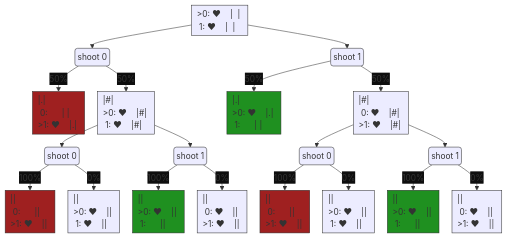
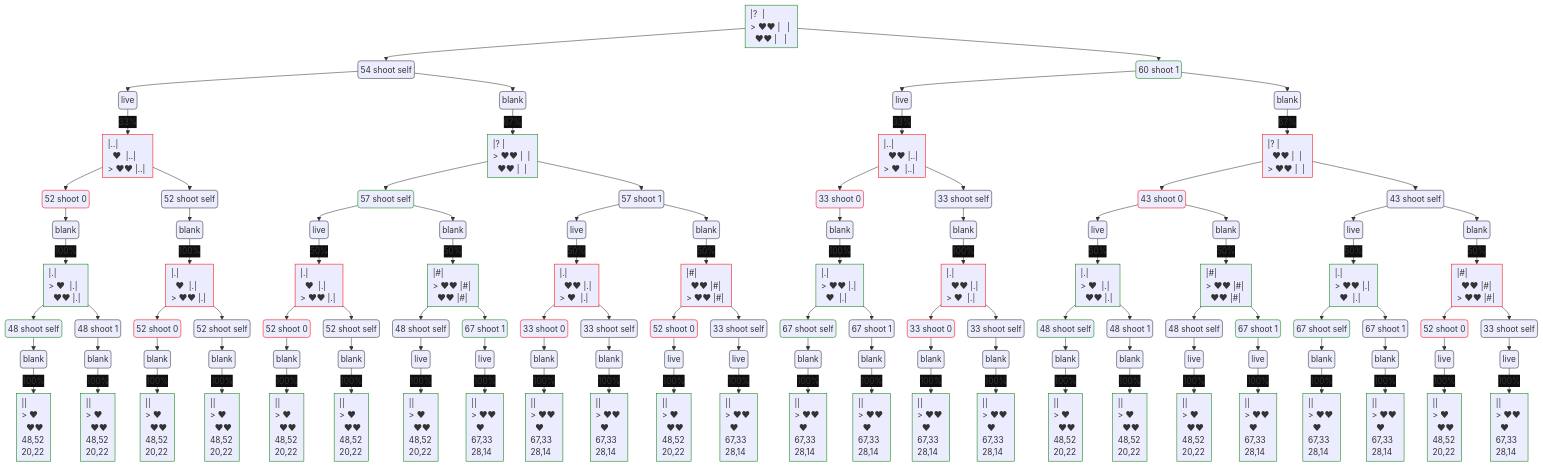
One commit to pingbird/buckshot changed the diagram in output.mmd. Above: the diagram before and after it, drawn with Mermaid. The commit also changed 5 other files, not shown here.

```diff
--- a/output.mmd
+++ b/output.mmd
@@ -12,65 +12,290 @@
     padding: 5
 ---
 graph TD;
-  n0[">0:&nbsp;♥&nbsp;&nbsp;&nbsp;&nbsp;|&nbsp;&nbsp;|&nbsp;<br>&nbsp;1:&nbsp;♥&nbsp;&nbsp;&nbsp;&nbsp;|&nbsp;&nbsp;|&nbsp;<br>"]
-  style n0 text-align:left
-  d0-0("shoot 0")
-  style d0-0 border-radius:10px
+  n0["|?&nbsp;&nbsp;|&nbsp;<br>>&nbsp;♥♥&nbsp;|&nbsp;&nbsp;&nbsp;|&nbsp;<br>&nbsp;&nbsp;♥♥&nbsp;|&nbsp;&nbsp;&nbsp;|&nbsp;<br>"]
+  style n0 text-align:left,stroke:green;
+  d0-0("54 shoot self")
   n0 --> d0-0
-  d0-0 -->|"50%"| n1
-  d0-0 -->|"50%"| n2
-  d0-1("shoot 1")
-  style d0-1 border-radius:10px
+  p0-0-0(" live")
+  d0-0 --> p0-0-0
+  p0-0-0 -->|"33%"| n1
+  p0-0-1(" blank")
+  d0-0 --> p0-0-1
+  p0-0-1 -->|"67%"| n8
+  d0-1("60 shoot 1")
   n0 --> d0-1
-  d0-1 -->|"50%"| n7
-  d0-1 -->|"50%"| n8
-  n1["|.|&nbsp;<br>&nbsp;0:&nbsp;&nbsp;&nbsp;&nbsp;&nbsp;&nbsp;|&nbsp;|&nbsp;<br>>1:&nbsp;♥&nbsp;&nbsp;&nbsp;&nbsp;|.|&nbsp;<br>"]
-  style n1 text-align:left
-  style n1 fill:#9f2020
-  n2["|#|&nbsp;<br>>0:&nbsp;♥&nbsp;&nbsp;&nbsp;&nbsp;|#|&nbsp;<br>&nbsp;1:&nbsp;♥&nbsp;&nbsp;&nbsp;&nbsp;|#|&nbsp;<br>"]
-  style n2 text-align:left
-  d2-0("shoot 0")
-  style d2-0 border-radius:10px
+  style d0-1 stroke: green
+  p0-1-0(" live")
+  d0-1 --> p0-1-0
+  p0-1-0 -->|"33%"| n21
+  p0-1-1(" blank")
+  d0-1 --> p0-1-1
+  p0-1-1 -->|"67%"| n28
+  n1["|..|&nbsp;<br>&nbsp;&nbsp;♥&nbsp;&nbsp;|..|&nbsp;<br>>&nbsp;♥♥&nbsp;|..|&nbsp;<br>"]
+  style n1 text-align:left,stroke:red;
+  d1-0("52 shoot 0")
+  n1 --> d1-0
+  style d1-0 stroke: red
+  p1-0-0(" blank")
+  d1-0 --> p1-0-0
+  p1-0-0 -->|"100%"| n2
+  d1-1("52 shoot self")
+  n1 --> d1-1
+  p1-1-0(" blank")
+  d1-1 --> p1-1-0
+  p1-1-0 -->|"100%"| n5
+  n2["|.|&nbsp;<br>>&nbsp;♥&nbsp;&nbsp;|.|&nbsp;<br>&nbsp;&nbsp;♥♥&nbsp;|.|&nbsp;<br>"]
+  style n2 text-align:left,stroke:green;
+  d2-0("48 shoot self")
   n2 --> d2-0
-  d2-0 -->|"100%"| n3
-  d2-0 -->|"0%"| n4
-  d2-1("shoot 1")
-  style d2-1 border-radius:10px
+  style d2-0 stroke: green
+  p2-0-0(" blank")
+  d2-0 --> p2-0-0
+  p2-0-0 -->|"100%"| n3
+  d2-1("48 shoot 1")
   n2 --> d2-1
-  d2-1 -->|"100%"| n5
-  d2-1 -->|"0%"| n6
-  n3["||&nbsp;<br>&nbsp;0:&nbsp;&nbsp;&nbsp;&nbsp;&nbsp;&nbsp;||&nbsp;<br>>1:&nbsp;♥&nbsp;&nbsp;&nbsp;&nbsp;||&nbsp;<br>"]
-  style n3 text-align:left
-  style n3 fill:#9f2020
-  n4["||&nbsp;<br>>0:&nbsp;♥&nbsp;&nbsp;&nbsp;&nbsp;||&nbsp;<br>&nbsp;1:&nbsp;♥&nbsp;&nbsp;&nbsp;&nbsp;||&nbsp;<br>"]
-  style n4 text-align:left
-  n5["||&nbsp;<br>>0:&nbsp;♥&nbsp;&nbsp;&nbsp;&nbsp;||&nbsp;<br>&nbsp;1:&nbsp;&nbsp;&nbsp;&nbsp;&nbsp;&nbsp;||&nbsp;<br>"]
-  style n5 text-align:left
-  style n5 fill:#1f9020
-  n6["||&nbsp;<br>&nbsp;0:&nbsp;♥&nbsp;&nbsp;&nbsp;&nbsp;||&nbsp;<br>>1:&nbsp;♥&nbsp;&nbsp;&nbsp;&nbsp;||&nbsp;<br>"]
-  style n6 text-align:left
-  n7["|.|&nbsp;<br>>0:&nbsp;♥&nbsp;&nbsp;&nbsp;&nbsp;|.|&nbsp;<br>&nbsp;1:&nbsp;&nbsp;&nbsp;&nbsp;&nbsp;&nbsp;|&nbsp;|&nbsp;<br>"]
-  style n7 text-align:left
-  style n7 fill:#1f9020
-  n8["|#|&nbsp;<br>&nbsp;0:&nbsp;♥&nbsp;&nbsp;&nbsp;&nbsp;|#|&nbsp;<br>>1:&nbsp;♥&nbsp;&nbsp;&nbsp;&nbsp;|#|&nbsp;<br>"]
-  style n8 text-align:left
-  d8-0("shoot 0")
-  style d8-0 border-radius:10px
+  p2-1-0(" blank")
+  d2-1 --> p2-1-0
+  p2-1-0 -->|"100%"| n4
+  n3["||&nbsp;<br>>&nbsp;♥&nbsp;&nbsp;<br>&nbsp;&nbsp;♥♥&nbsp;<br>48,52<br>20,22"]
+  style n3 text-align:left,stroke:green;
+  n4["||&nbsp;<br>>&nbsp;♥&nbsp;&nbsp;<br>&nbsp;&nbsp;♥♥&nbsp;<br>48,52<br>20,22"]
+  style n4 text-align:left,stroke:green;
+  n5["|.|&nbsp;<br>&nbsp;&nbsp;♥&nbsp;&nbsp;|.|&nbsp;<br>>&nbsp;♥♥&nbsp;|.|&nbsp;<br>"]
+  style n5 text-align:left,stroke:red;
+  d5-0("52 shoot 0")
+  n5 --> d5-0
+  style d5-0 stroke: red
+  p5-0-0(" blank")
+  d5-0 --> p5-0-0
+  p5-0-0 -->|"100%"| n6
+  d5-1("52 shoot self")
+  n5 --> d5-1
+  p5-1-0(" blank")
+  d5-1 --> p5-1-0
+  p5-1-0 -->|"100%"| n7
+  n6["||&nbsp;<br>>&nbsp;♥&nbsp;&nbsp;<br>&nbsp;&nbsp;♥♥&nbsp;<br>48,52<br>20,22"]
+  style n6 text-align:left,stroke:green;
+  n7["||&nbsp;<br>>&nbsp;♥&nbsp;&nbsp;<br>&nbsp;&nbsp;♥♥&nbsp;<br>48,52<br>20,22"]
+  style n7 text-align:left,stroke:green;
+  n8["|?&nbsp;|&nbsp;<br>>&nbsp;♥♥&nbsp;|&nbsp;&nbsp;|&nbsp;<br>&nbsp;&nbsp;♥♥&nbsp;|&nbsp;&nbsp;|&nbsp;<br>"]
+  style n8 text-align:left,stroke:green;
+  d8-0("57 shoot self")
   n8 --> d8-0
-  d8-0 -->|"100%"| n9
-  d8-0 -->|"0%"| n10
-  d8-1("shoot 1")
-  style d8-1 border-radius:10px
+  style d8-0 stroke: green
+  p8-0-0(" live")
+  d8-0 --> p8-0-0
+  p8-0-0 -->|"50%"| n9
+  p8-0-1(" blank")
+  d8-0 --> p8-0-1
+  p8-0-1 -->|"50%"| n12
+  d8-1("57 shoot 1")
   n8 --> d8-1
-  d8-1 -->|"100%"| n11
-  d8-1 -->|"0%"| n12
-  n9["||&nbsp;<br>&nbsp;0:&nbsp;&nbsp;&nbsp;&nbsp;&nbsp;&nbsp;||&nbsp;<br>>1:&nbsp;♥&nbsp;&nbsp;&nbsp;&nbsp;||&nbsp;<br>"]
-  style n9 text-align:left
-  style n9 fill:#9f2020
-  n10["||&nbsp;<br>>0:&nbsp;♥&nbsp;&nbsp;&nbsp;&nbsp;||&nbsp;<br>&nbsp;1:&nbsp;♥&nbsp;&nbsp;&nbsp;&nbsp;||&nbsp;<br>"]
-  style n10 text-align:left
-  n11["||&nbsp;<br>>0:&nbsp;♥&nbsp;&nbsp;&nbsp;&nbsp;||&nbsp;<br>&nbsp;1:&nbsp;&nbsp;&nbsp;&nbsp;&nbsp;&nbsp;||&nbsp;<br>"]
-  style n11 text-align:left
-  style n11 fill:#1f9020
-  n12["||&nbsp;<br>&nbsp;0:&nbsp;♥&nbsp;&nbsp;&nbsp;&nbsp;||&nbsp;<br>>1:&nbsp;♥&nbsp;&nbsp;&nbsp;&nbsp;||&nbsp;<br>"]
-  style n12 text-align:left
+  p8-1-0(" live")
+  d8-1 --> p8-1-0
+  p8-1-0 -->|"50%"| n15
+  p8-1-1(" blank")
+  d8-1 --> p8-1-1
+  p8-1-1 -->|"50%"| n18
+  n9["|.|&nbsp;<br>&nbsp;&nbsp;♥&nbsp;&nbsp;|.|&nbsp;<br>>&nbsp;♥♥&nbsp;|.|&nbsp;<br>"]
+  style n9 text-align:left,stroke:red;
+  d9-0("52 shoot 0")
+  n9 --> d9-0
+  style d9-0 stroke: red
+  p9-0-0(" blank")
+  d9-0 --> p9-0-0
+  p9-0-0 -->|"100%"| n10
+  d9-1("52 shoot self")
+  n9 --> d9-1
+  p9-1-0(" blank")
+  d9-1 --> p9-1-0
+  p9-1-0 -->|"100%"| n11
+  n10["||&nbsp;<br>>&nbsp;♥&nbsp;&nbsp;<br>&nbsp;&nbsp;♥♥&nbsp;<br>48,52<br>20,22"]
+  style n10 text-align:left,stroke:green;
+  n11["||&nbsp;<br>>&nbsp;♥&nbsp;&nbsp;<br>&nbsp;&nbsp;♥♥&nbsp;<br>48,52<br>20,22"]
+  style n11 text-align:left,stroke:green;
+  n12["|#|&nbsp;<br>>&nbsp;♥♥&nbsp;|#|&nbsp;<br>&nbsp;&nbsp;♥♥&nbsp;|#|&nbsp;<br>"]
+  style n12 text-align:left,stroke:green;
+  d12-0("48 shoot self")
+  n12 --> d12-0
+  p12-0-0(" live")
+  d12-0 --> p12-0-0
+  p12-0-0 -->|"100%"| n13
+  d12-1("67 shoot 1")
+  n12 --> d12-1
+  style d12-1 stroke: green
+  p12-1-0(" live")
+  d12-1 --> p12-1-0
+  p12-1-0 -->|"100%"| n14
+  n13["||&nbsp;<br>>&nbsp;♥&nbsp;&nbsp;<br>&nbsp;&nbsp;♥♥&nbsp;<br>48,52<br>20,22"]
+  style n13 text-align:left,stroke:green;
+  n14["||&nbsp;<br>>&nbsp;♥♥&nbsp;<br>&nbsp;&nbsp;♥&nbsp;&nbsp;<br>67,33<br>28,14"]
+  style n14 text-align:left,stroke:green;
+  n15["|.|&nbsp;<br>&nbsp;&nbsp;♥♥&nbsp;|.|&nbsp;<br>>&nbsp;♥&nbsp;&nbsp;|.|&nbsp;<br>"]
+  style n15 text-align:left,stroke:red;
+  d15-0("33 shoot 0")
+  n15 --> d15-0
+  style d15-0 stroke: red
+  p15-0-0(" blank")
+  d15-0 --> p15-0-0
+  p15-0-0 -->|"100%"| n16
+  d15-1("33 shoot self")
+  n15 --> d15-1
+  p15-1-0(" blank")
+  d15-1 --> p15-1-0
+  p15-1-0 -->|"100%"| n17
+  n16["||&nbsp;<br>>&nbsp;♥♥&nbsp;<br>&nbsp;&nbsp;♥&nbsp;&nbsp;<br>67,33<br>28,14"]
+  style n16 text-align:left,stroke:green;
+  n17["||&nbsp;<br>>&nbsp;♥♥&nbsp;<br>&nbsp;&nbsp;♥&nbsp;&nbsp;<br>67,33<br>28,14"]
+  style n17 text-align:left,stroke:green;
+  n18["|#|&nbsp;<br>&nbsp;&nbsp;♥♥&nbsp;|#|&nbsp;<br>>&nbsp;♥♥&nbsp;|#|&nbsp;<br>"]
+  style n18 text-align:left,stroke:red;
+  d18-0("52 shoot 0")
+  n18 --> d18-0
+  style d18-0 stroke: red
+  p18-0-0(" live")
+  d18-0 --> p18-0-0
+  p18-0-0 -->|"100%"| n19
+  d18-1("33 shoot self")
+  n18 --> d18-1
+  p18-1-0(" live")
+  d18-1 --> p18-1-0
+  p18-1-0 -->|"100%"| n20
+  n19["||&nbsp;<br>>&nbsp;♥&nbsp;&nbsp;<br>&nbsp;&nbsp;♥♥&nbsp;<br>48,52<br>20,22"]
+  style n19 text-align:left,stroke:green;
+  n20["||&nbsp;<br>>&nbsp;♥♥&nbsp;<br>&nbsp;&nbsp;♥&nbsp;&nbsp;<br>67,33<br>28,14"]
+  style n20 text-align:left,stroke:green;
+  n21["|..|&nbsp;<br>&nbsp;&nbsp;♥♥&nbsp;|..|&nbsp;<br>>&nbsp;♥&nbsp;&nbsp;|..|&nbsp;<br>"]
+  style n21 text-align:left,stroke:red;
+  d21-0("33 shoot 0")
+  n21 --> d21-0
+  style d21-0 stroke: red
+  p21-0-0(" blank")
+  d21-0 --> p21-0-0
+  p21-0-0 -->|"100%"| n22
+  d21-1("33 shoot self")
+  n21 --> d21-1
+  p21-1-0(" blank")
+  d21-1 --> p21-1-0
+  p21-1-0 -->|"100%"| n25
+  n22["|.|&nbsp;<br>>&nbsp;♥♥&nbsp;|.|&nbsp;<br>&nbsp;&nbsp;♥&nbsp;&nbsp;|.|&nbsp;<br>"]
+  style n22 text-align:left,stroke:green;
+  d22-0("67 shoot self")
+  n22 --> d22-0
+  style d22-0 stroke: green
+  p22-0-0(" blank")
+  d22-0 --> p22-0-0
+  p22-0-0 -->|"100%"| n23
+  d22-1("67 shoot 1")
+  n22 --> d22-1
+  p22-1-0(" blank")
+  d22-1 --> p22-1-0
+  p22-1-0 -->|"100%"| n24
+  n23["||&nbsp;<br>>&nbsp;♥♥&nbsp;<br>&nbsp;&nbsp;♥&nbsp;&nbsp;<br>67,33<br>28,14"]
+  style n23 text-align:left,stroke:green;
+  n24["||&nbsp;<br>>&nbsp;♥♥&nbsp;<br>&nbsp;&nbsp;♥&nbsp;&nbsp;<br>67,33<br>28,14"]
+  style n24 text-align:left,stroke:green;
+  n25["|.|&nbsp;<br>&nbsp;&nbsp;♥♥&nbsp;|.|&nbsp;<br>>&nbsp;♥&nbsp;&nbsp;|.|&nbsp;<br>"]
+  style n25 text-align:left,stroke:red;
+  d25-0("33 shoot 0")
+  n25 --> d25-0
+  style d25-0 stroke: red
+  p25-0-0(" blank")
+  d25-0 --> p25-0-0
+  p25-0-0 -->|"100%"| n26
+  d25-1("33 shoot self")
+  n25 --> d25-1
+  p25-1-0(" blank")
+  d25-1 --> p25-1-0
+  p25-1-0 -->|"100%"| n27
+  n26["||&nbsp;<br>>&nbsp;♥♥&nbsp;<br>&nbsp;&nbsp;♥&nbsp;&nbsp;<br>67,33<br>28,14"]
+  style n26 text-align:left,stroke:green;
+  n27["||&nbsp;<br>>&nbsp;♥♥&nbsp;<br>&nbsp;&nbsp;♥&nbsp;&nbsp;<br>67,33<br>28,14"]
+  style n27 text-align:left,stroke:green;
+  n28["|?&nbsp;|&nbsp;<br>&nbsp;&nbsp;♥♥&nbsp;|&nbsp;&nbsp;|&nbsp;<br>>&nbsp;♥♥&nbsp;|&nbsp;&nbsp;|&nbsp;<br>"]
+  style n28 text-align:left,stroke:red;
+  d28-0("43 shoot 0")
+  n28 --> d28-0
+  style d28-0 stroke: red
+  p28-0-0(" live")
+  d28-0 --> p28-0-0
+  p28-0-0 -->|"50%"| n29
+  p28-0-1(" blank")
+  d28-0 --> p28-0-1
+  p28-0-1 -->|"50%"| n32
+  d28-1("43 shoot self")
+  n28 --> d28-1
+  p28-1-0(" live")
+  d28-1 --> p28-1-0
+  p28-1-0 -->|"50%"| n35
+  p28-1-1(" blank")
+  d28-1 --> p28-1-1
+  p28-1-1 -->|"50%"| n38
+  n29["|.|&nbsp;<br>>&nbsp;♥&nbsp;&nbsp;|.|&nbsp;<br>&nbsp;&nbsp;♥♥&nbsp;|.|&nbsp;<br>"]
+  style n29 text-align:left,stroke:green;
+  d29-0("48 shoot self")
+  n29 --> d29-0
+  style d29-0 stroke: green
+  p29-0-0(" blank")
+  d29-0 --> p29-0-0
+  p29-0-0 -->|"100%"| n30
+  d29-1("48 shoot 1")
+  n29 --> d29-1
+  p29-1-0(" blank")
+  d29-1 --> p29-1-0
+  p29-1-0 -->|"100%"| n31
+  n30["||&nbsp;<br>>&nbsp;♥&nbsp;&nbsp;<br>&nbsp;&nbsp;♥♥&nbsp;<br>48,52<br>20,22"]
+  style n30 text-align:left,stroke:green;
+  n31["||&nbsp;<br>>&nbsp;♥&nbsp;&nbsp;<br>&nbsp;&nbsp;♥♥&nbsp;<br>48,52<br>20,22"]
+  style n31 text-align:left,stroke:green;
+  n32["|#|&nbsp;<br>>&nbsp;♥♥&nbsp;|#|&nbsp;<br>&nbsp;&nbsp;♥♥&nbsp;|#|&nbsp;<br>"]
+  style n32 text-align:left,stroke:green;
+  d32-0("48 shoot self")
+  n32 --> d32-0
+  p32-0-0(" live")
+  d32-0 --> p32-0-0
+  p32-0-0 -->|"100%"| n33
+  d32-1("67 shoot 1")
+  n32 --> d32-1
+  style d32-1 stroke: green
+  p32-1-0(" live")
+  d32-1 --> p32-1-0
+  p32-1-0 -->|"100%"| n34
+  n33["||&nbsp;<br>>&nbsp;♥&nbsp;&nbsp;<br>&nbsp;&nbsp;♥♥&nbsp;<br>48,52<br>20,22"]
+  style n33 text-align:left,stroke:green;
+  n34["||&nbsp;<br>>&nbsp;♥♥&nbsp;<br>&nbsp;&nbsp;♥&nbsp;&nbsp;<br>67,33<br>28,14"]
+  style n34 text-align:left,stroke:green;
+  n35["|.|&nbsp;<br>>&nbsp;♥♥&nbsp;|.|&nbsp;<br>&nbsp;&nbsp;♥&nbsp;&nbsp;|.|&nbsp;<br>"]
+  style n35 text-align:left,stroke:green;
+  d35-0("67 shoot self")
+  n35 --> d35-0
+  style d35-0 stroke: green
+  p35-0-0(" blank")
+  d35-0 --> p35-0-0
+  p35-0-0 -->|"100%"| n36
+  d35-1("67 shoot 1")
+  n35 --> d35-1
+  p35-1-0(" blank")
+  d35-1 --> p35-1-0
+  p35-1-0 -->|"100%"| n37
+  n36["||&nbsp;<br>>&nbsp;♥♥&nbsp;<br>&nbsp;&nbsp;♥&nbsp;&nbsp;<br>67,33<br>28,14"]
+  style n36 text-align:left,stroke:green;
+  n37["||&nbsp;<br>>&nbsp;♥♥&nbsp;<br>&nbsp;&nbsp;♥&nbsp;&nbsp;<br>67,33<br>28,14"]
+  style n37 text-align:left,stroke:green;
+  n38["|#|&nbsp;<br>&nbsp;&nbsp;♥♥&nbsp;|#|&nbsp;<br>>&nbsp;♥♥&nbsp;|#|&nbsp;<br>"]
+  style n38 text-align:left,stroke:red;
+  d38-0("52 shoot 0")
+  n38 --> d38-0
+  style d38-0 stroke: red
+  p38-0-0(" live")
+  d38-0 --> p38-0-0
+  p38-0-0 -->|"100%"| n39
+  d38-1("33 shoot self")
+  n38 --> d38-1
+  p38-1-0(" live")
+  d38-1 --> p38-1-0
+  p38-1-0 -->|"100%"| n40
+  n39["||&nbsp;<br>>&nbsp;♥&nbsp;&nbsp;<br>&nbsp;&nbsp;♥♥&nbsp;<br>48,52<br>20,22"]
+  style n39 text-align:left,stroke:green;
+  n40["||&nbsp;<br>>&nbsp;♥♥&nbsp;<br>&nbsp;&nbsp;♥&nbsp;&nbsp;<br>67,33<br>28,14"]
+  style n40 text-align:left,stroke:green;
```
